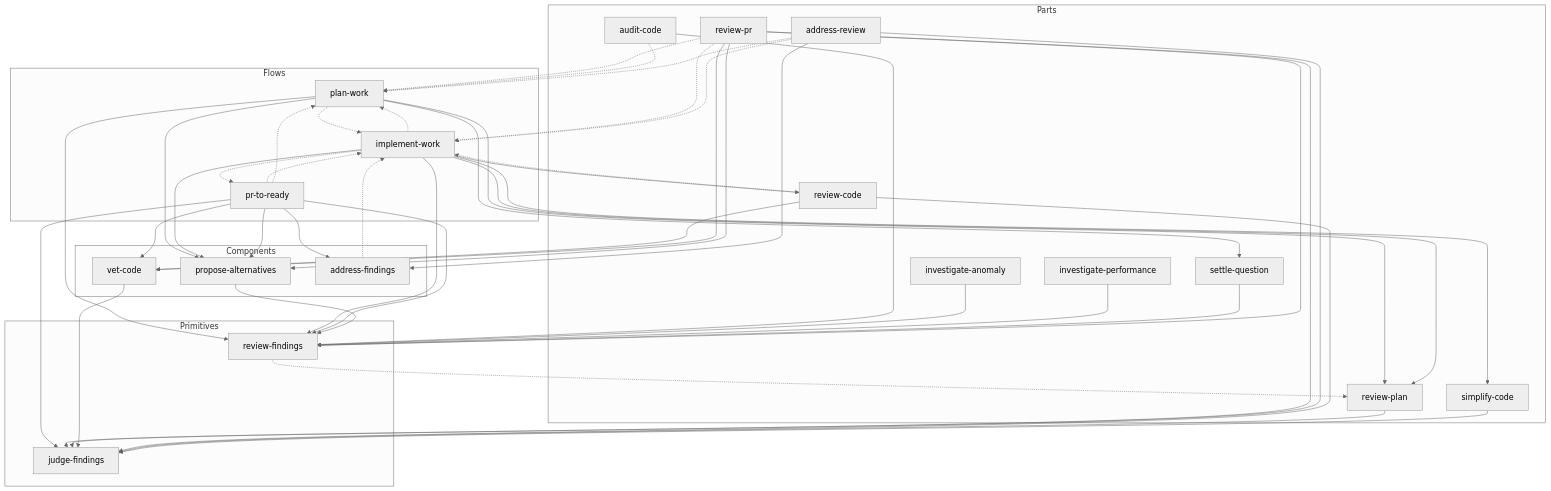
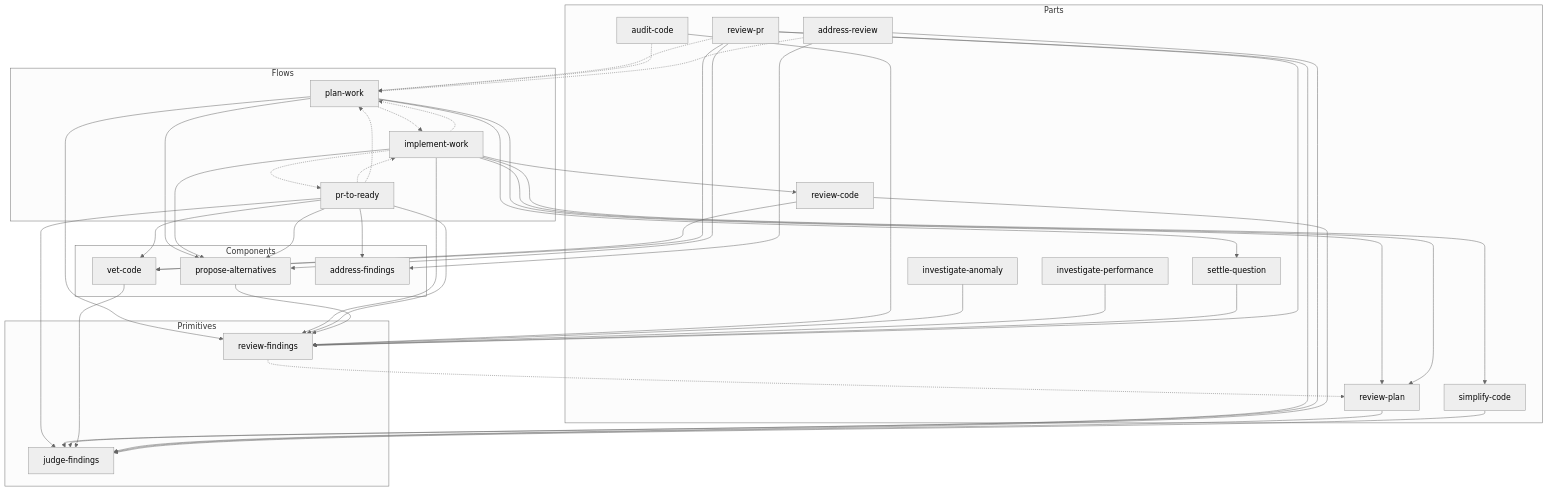
One commit to yowcow/dude changed the first of 2 diagrams in README.md. Above: the diagram before and after it, drawn with Mermaid (neutral theme). The commit also changed 33 other files, not shown here.

````diff
--- a/README.md
+++ b/README.md
@@ -40,73 +40,69 @@
 ```mermaid
 flowchart TB
   subgraph Flows
     plan-work
     implement-work
     pr-to-ready
   end
   subgraph Parts
     review-code
     review-plan
     simplify-code
     review-pr
     audit-code
     settle-question
     investigate-anomaly
     investigate-performance
     address-review
   end
   subgraph Components
     vet-code
     propose-alternatives
     address-findings
   end
   subgraph Primitives
     judge-findings
     review-findings
   end
 
   plan-work -.-> implement-work
   implement-work -.-> plan-work
   implement-work -.-> pr-to-ready
   pr-to-ready -.-> implement-work
   pr-to-ready -.-> plan-work
-  review-code -.-> implement-work
-  review-pr -.-> implement-work
   review-pr -.-> plan-work
   audit-code -.-> plan-work
   review-findings -.-> review-plan
-  address-findings -.-> implement-work
-  address-review -.-> implement-work
   address-review -.-> plan-work
 
   plan-work --> review-plan
   plan-work --> settle-question
   plan-work --> propose-alternatives
   plan-work --> review-findings
   implement-work --> review-code
   implement-work --> review-plan
   implement-work --> simplify-code
   implement-work --> propose-alternatives
   implement-work --> review-findings
   pr-to-ready --> vet-code
   pr-to-ready --> judge-findings
   pr-to-ready --> propose-alternatives
   pr-to-ready --> review-findings
   pr-to-ready --> address-findings
   audit-code --> review-findings
   investigate-anomaly --> review-findings
   investigate-performance --> review-findings
   settle-question --> review-findings
   review-code --> vet-code
   review-pr --> vet-code
   review-pr --> judge-findings
   review-pr --> propose-alternatives
   review-pr --> review-findings
   address-review --> judge-findings
   address-review --> address-findings
   propose-alternatives --> review-findings
   vet-code --> judge-findings
   review-code --> judge-findings
   review-plan --> judge-findings
   simplify-code --> judge-findings
 ```
````
